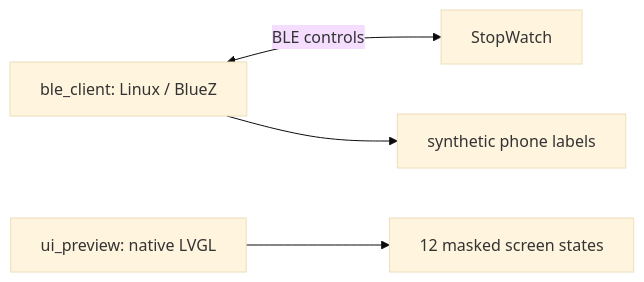
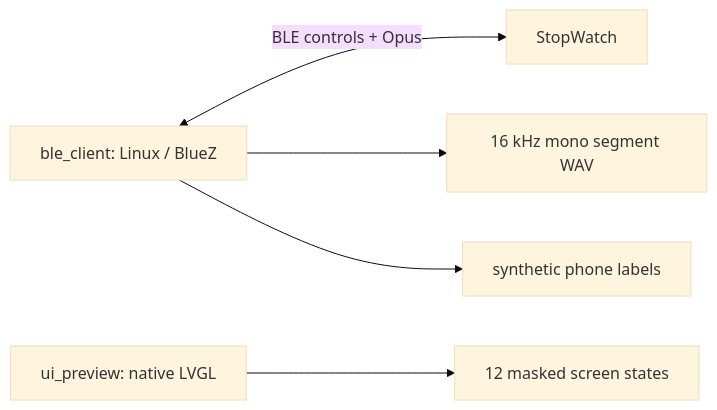
The diagram in FW/tools/README.md (Harwasch/voiceremote), drawn with Mermaid (base theme) before and after one commit. The commit also changed other lines of this file and 47 other files, not shown here.

First line of the commit message:
FW: stream Opus mic audio over BLE and save it in the test client

````diff
--- a/FW/tools/README.md
+++ b/FW/tools/README.md
@@ -3,6 +3,7 @@
 ```mermaid
 flowchart LR
-    Client[ble_client: Linux / BlueZ] <-->|BLE controls| Remote[StopWatch]
+    Client[ble_client: Linux / BlueZ] <-->|BLE controls + Opus| Remote[StopWatch]
     Preview[ui_preview: native LVGL] --> PNG[12 masked screen states]
+    Client --> WAV[16 kHz mono segment WAV]
     Client --> Fixtures[synthetic phone labels]
 ```
````
